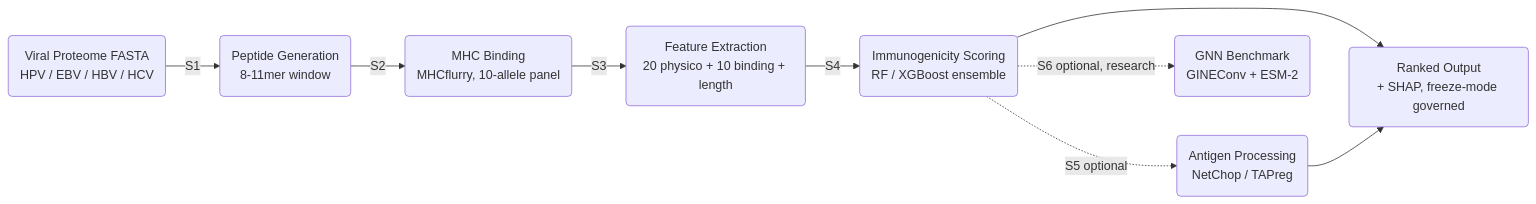
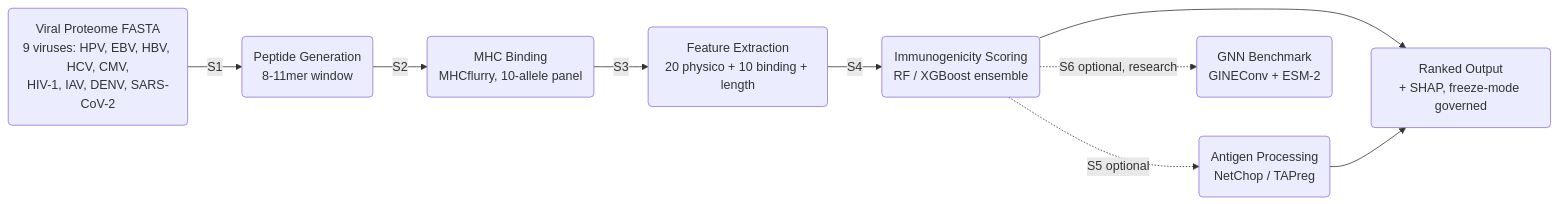
One commit to Gavin-Borges/SESTRAV changed the second of 2 diagrams in ARCHITECTURE.md. Above: the diagram before and after it, drawn with Mermaid. The commit also changed other lines of this file and 8 other files, not shown here.

````diff
--- a/ARCHITECTURE.md
+++ b/ARCHITECTURE.md
@@ -105,11 +105,11 @@
 ```mermaid
 graph LR
-    A("Viral Proteome FASTA<br/>HPV / EBV / HBV / HCV") -->|S1| B("Peptide Generation<br/>8-11mer window")
+    A("Viral Proteome FASTA<br/>9 viruses: HPV, EBV, HBV, HCV, CMV,<br/>HIV-1, IAV, DENV, SARS-CoV-2") -->|S1| B("Peptide Generation<br/>8-11mer window")
     B -->|S2| C("MHC Binding<br/>MHCflurry, 10-allele panel")
     C -->|S3| D("Feature Extraction<br/>20 physico + 10 binding + length")
     D -->|S4| E("Immunogenicity Scoring<br/>RF / XGBoost ensemble")
     E -.->|S5 optional| F("Antigen Processing<br/>NetChop / TAPreg")
     E -.->|S6 optional, research| G("GNN Benchmark<br/>GINEConv + ESM-2")
     E --> H("Ranked Output<br/>+ SHAP, freeze-mode governed")
     F --> H
 ```
````
